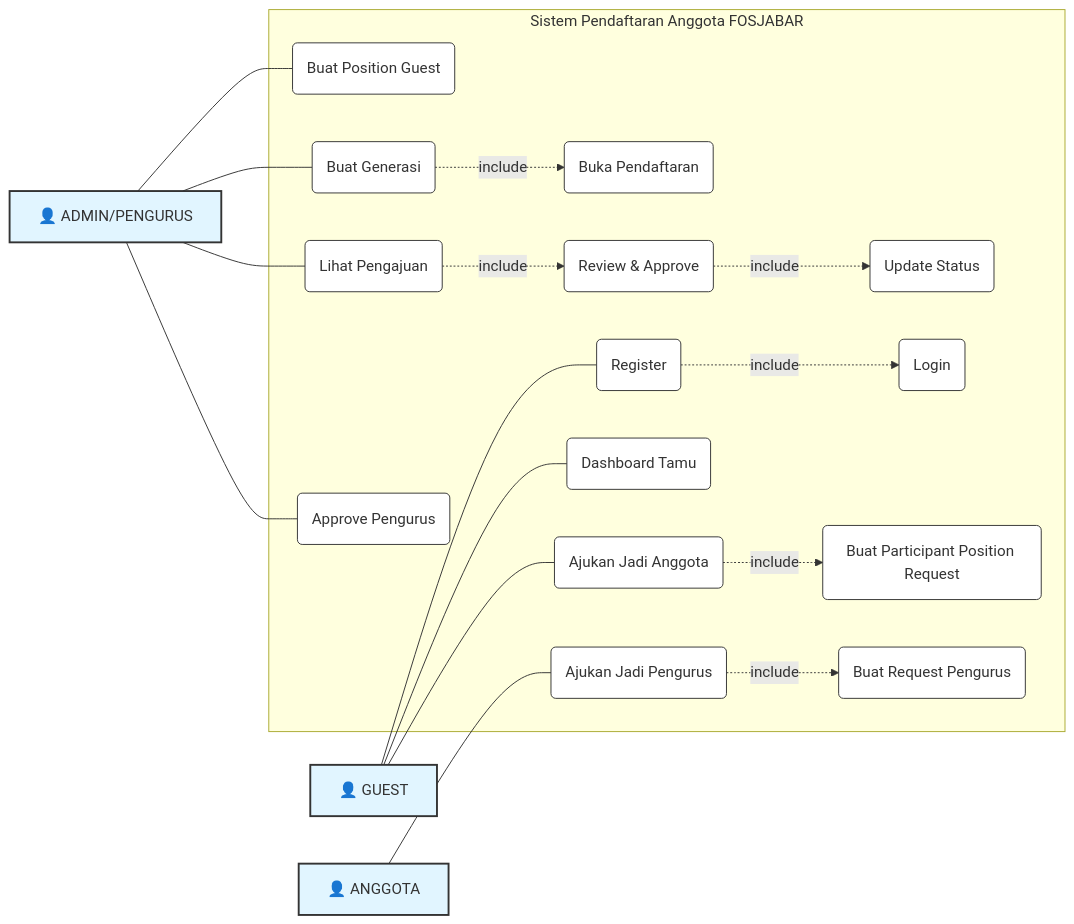
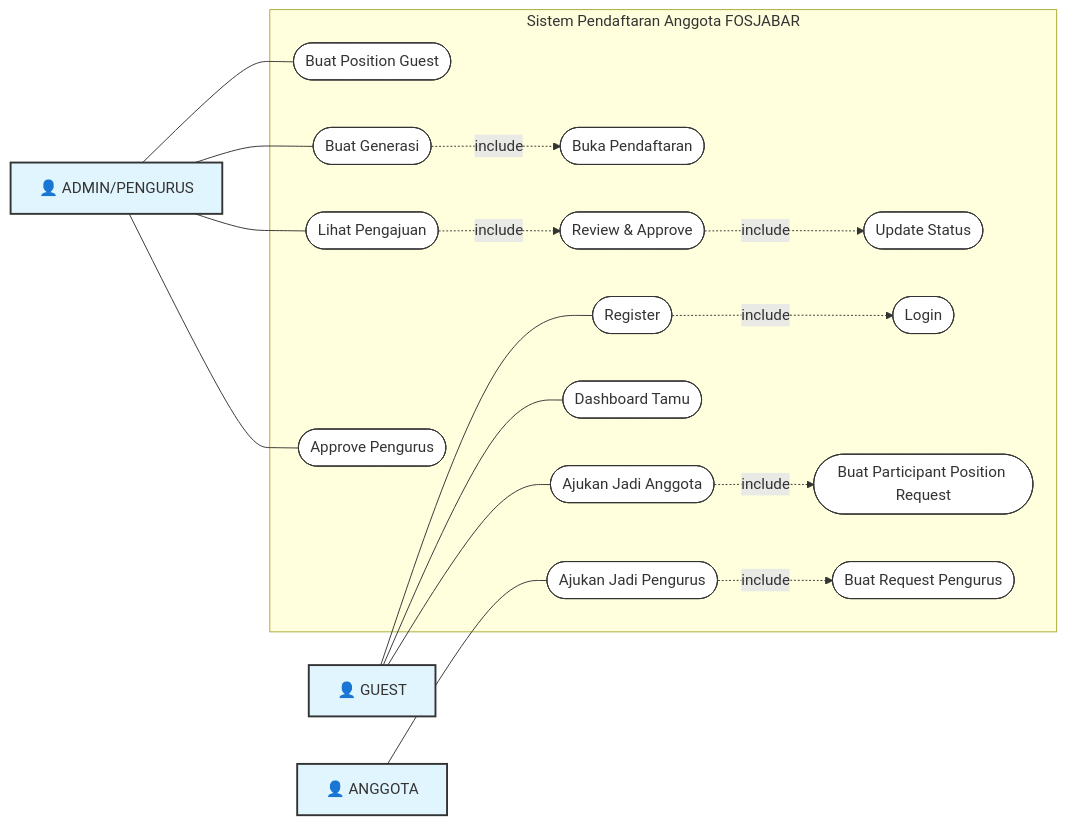
Before and after one commit to rafpelmln/ukk-be: the third of 4 diagrams in README.md, drawn with Mermaid. The commit also changed 1 other file, not shown here.

Commit message:
update uml

````diff
--- a/README.md
+++ b/README.md
@@ -122,44 +122,44 @@
 ```mermaid
 graph LR
     ADMIN["👤 ADMIN/PENGURUS"]
     GUEST["👤 GUEST"]
     ANGGOTA["👤 ANGGOTA"]
 
     subgraph Sistem["Sistem Pendaftaran Anggota FOSJABAR"]
-        UC1("Buat Position Guest")
-        UC2("Buat Generasi")
-        UC3("Buka Pendaftaran")
-        UC4("Register")
-        UC5("Login")
-        UC6("Dashboard Tamu")
-        UC7("Ajukan Jadi Anggota")
-        UC8("Buat Participant Position Request")
-        UC9("Lihat Pengajuan")
-        UC10("Review & Approve")
-        UC11("Update Status")
-        UC12("Ajukan Jadi Pengurus")
-        UC13("Buat Request Pengurus")
-        UC14("Approve Pengurus")
+        UC1(["Buat Position Guest"])
+        UC2(["Buat Generasi"])
+        UC3(["Buka Pendaftaran"])
+        UC4(["Register"])
+        UC5(["Login"])
+        UC6(["Dashboard Tamu"])
+        UC7(["Ajukan Jadi Anggota"])
+        UC8(["Buat Participant Position Request"])
+        UC9(["Lihat Pengajuan"])
+        UC10(["Review & Approve"])
+        UC11(["Update Status"])
+        UC12(["Ajukan Jadi Pengurus"])
+        UC13(["Buat Request Pengurus"])
+        UC14(["Approve Pengurus"])
     end
 
     ADMIN --- UC1
     ADMIN --- UC2
     ADMIN --- UC9
     ADMIN --- UC14
     GUEST --- UC4
     GUEST --- UC6
     GUEST --- UC7
     ANGGOTA --- UC12
 
     UC2 -.->|include| UC3
     UC4 -.->|include| UC5
     UC7 -.->|include| UC8
     UC9 -.->|include| UC10
     UC10 -.->|include| UC11
     UC12 -.->|include| UC13
 
     classDef actor fill:#e1f5ff,stroke:#333,stroke-width:2px
     classDef usecase fill:#fff,stroke:#333,stroke-width:1px
     class ADMIN,GUEST,ANGGOTA actor
     class UC1,UC2,UC3,UC4,UC5,UC6,UC7,UC8,UC9,UC10,UC11,UC12,UC13,UC14 usecase
 ```
````
